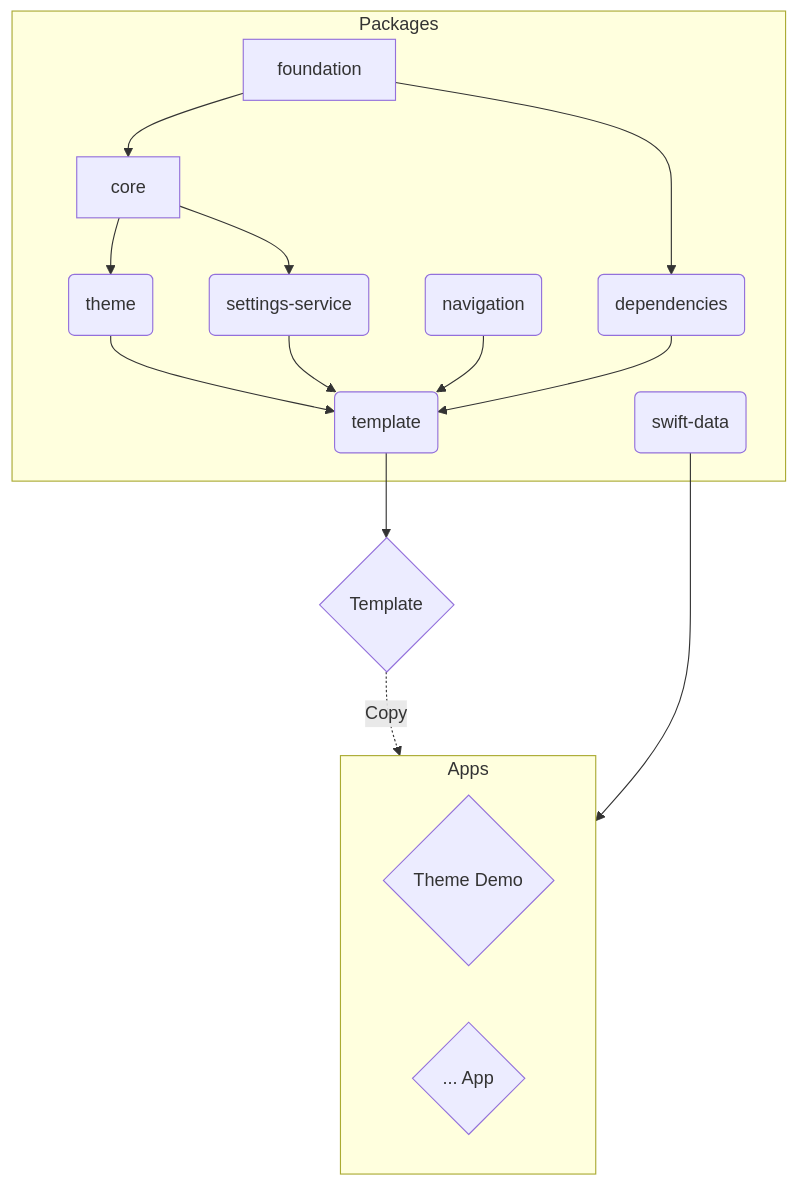
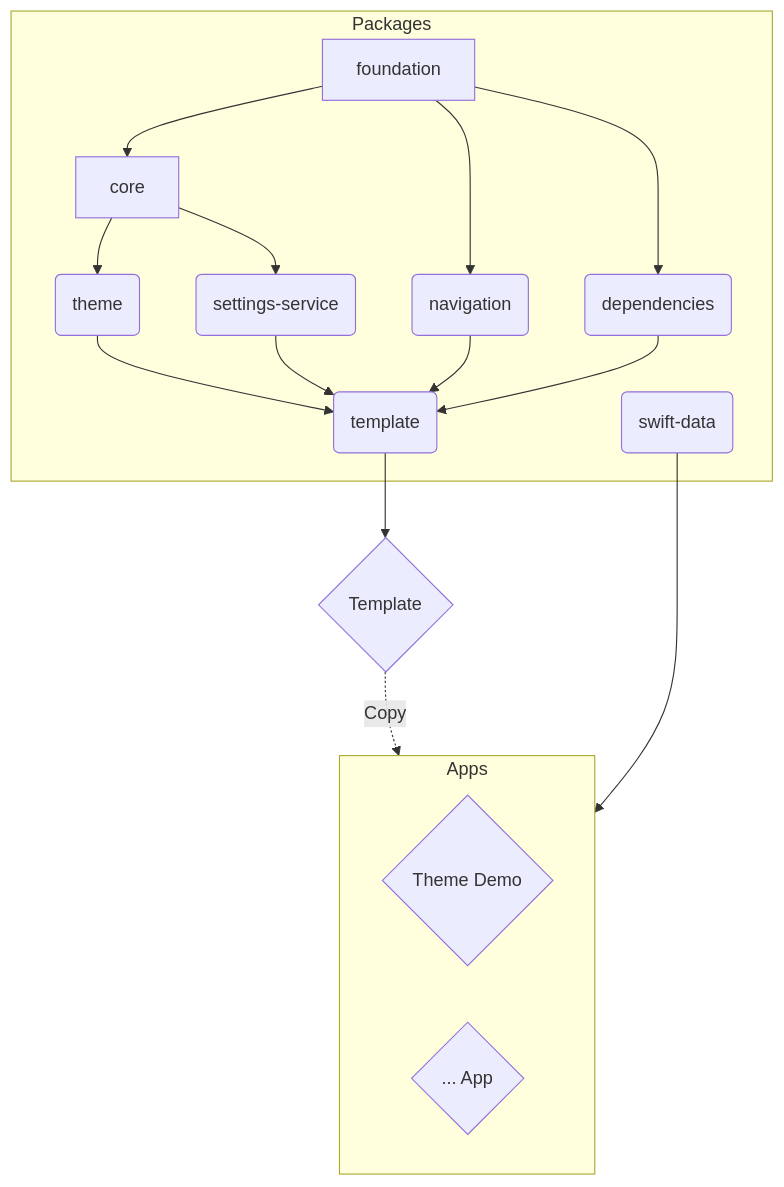
Before and after one commit to simonnickel/snap: the diagram in README.md, drawn with Mermaid.

````diff
--- a/README.md
+++ b/README.md
@@ -26,37 +26,38 @@
 ```mermaid
 flowchart TD
 
     subgraph Packages
     C1[foundation]
     C2[core]
     M2(theme)
     M3(settings-service)
     M4(navigation)
     M5(dependencies)
     M6(swift-data)
     M1(template)
     end
     
     A1{Template}
 
     subgraph Apps
     A2{Theme Demo}
     A3{... App}
     end
 
     C1 --> C2
+    C1 --> M4
     C1 --> M5
 
     C2 --> M2
     C2 --> M3
 
     M2 --> M1
     M3 --> M1
     M4 --> M1
     M5 --> M1
 
     M1 --> A1
 
     A1 -.->|Copy| Apps
     M6 --> Apps
 ```
````
